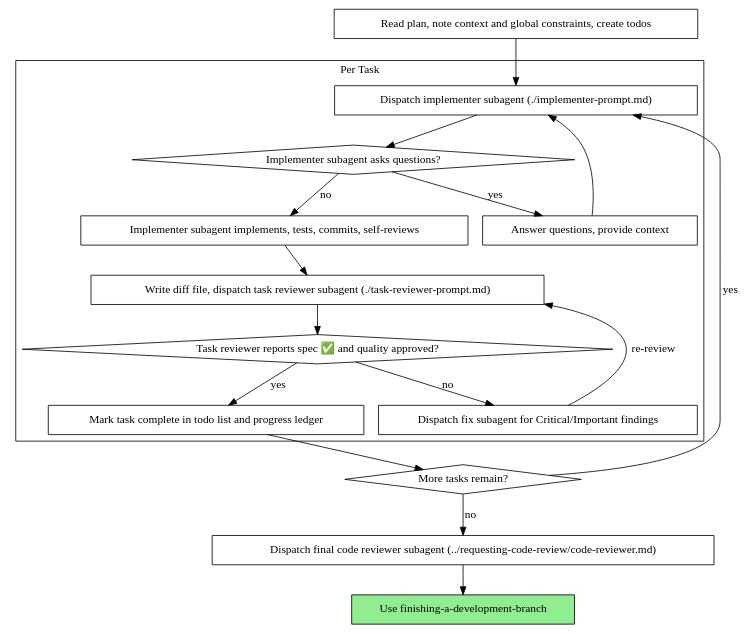
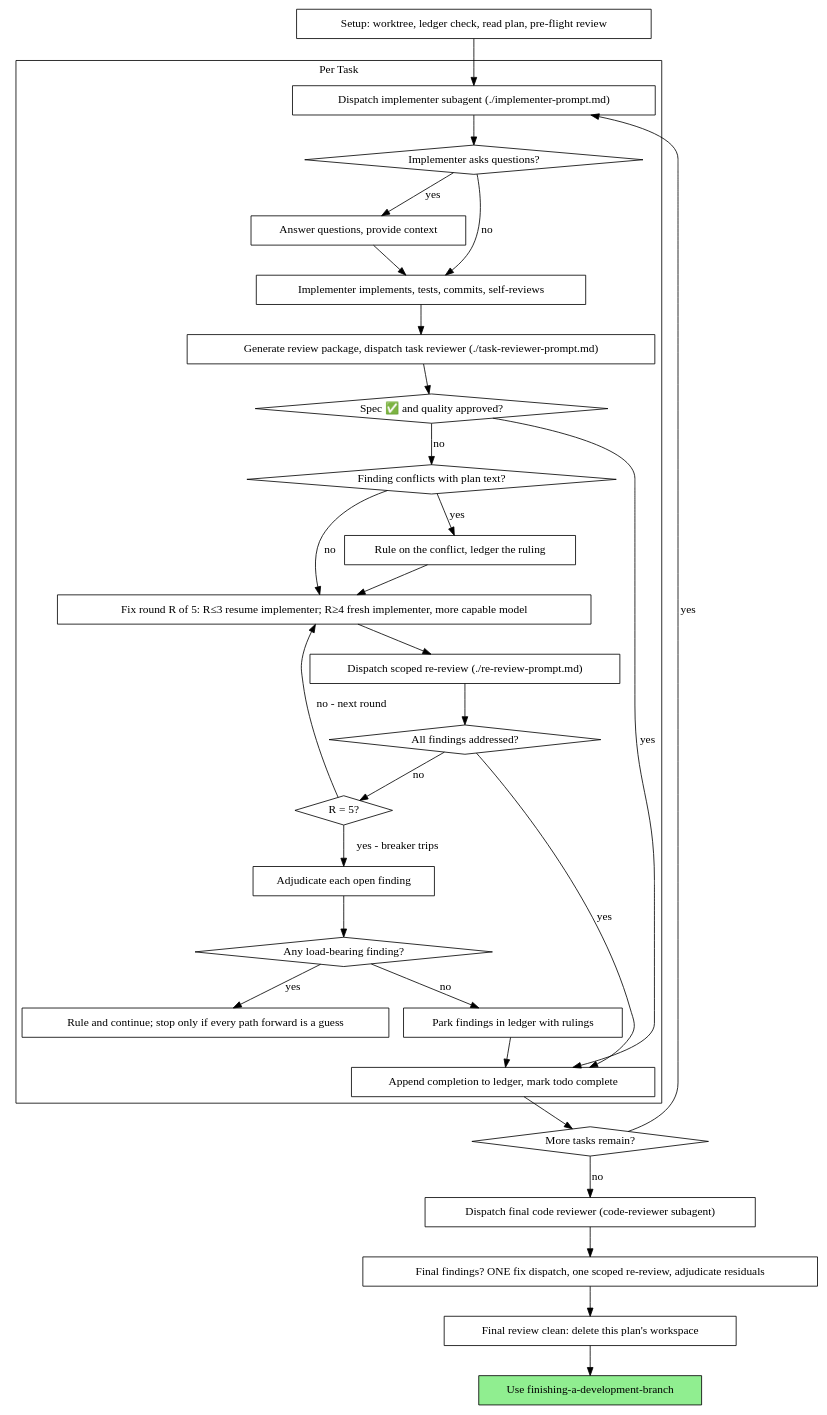
Before and after one commit to tigers1997/ClaudeCodeConfigurator: the second of 2 diagrams in templates/discipline-skills/subagent-driven-development/SKILL.md, drawn with Graphviz. The commit also changed other lines of this file and 47 other files, not shown here.

````diff
--- a/templates/discipline-skills/subagent-driven-development/SKILL.md
+++ b/templates/discipline-skills/subagent-driven-development/SKILL.md
@@ -47,37 +61,62 @@
 ```dot
 digraph process {
     rankdir=TB;
 
     subgraph cluster_per_task {
         label="Per Task";
         "Dispatch implementer subagent (./implementer-prompt.md)" [shape=box];
-        "Implementer subagent asks questions?" [shape=diamond];
+        "Implementer asks questions?" [shape=diamond];
         "Answer questions, provide context" [shape=box];
-        "Implementer subagent implements, tests, commits, self-reviews" [shape=box];
-        "Write diff file, dispatch task reviewer subagent (./task-reviewer-prompt.md)" [shape=box];
-        "Task reviewer reports spec ✅ and quality approved?" [shape=diamond];
-        "Dispatch fix subagent for Critical/Important findings" [shape=box];
-        "Mark task complete in todo list and progress ledger" [shape=box];
+        "Implementer implements, tests, commits, self-reviews" [shape=box];
+        "Generate review package, dispatch task reviewer (./task-reviewer-prompt.md)" [shape=box];
+        "Spec ✅ and quality approved?" [shape=diamond];
+        "Finding conflicts with plan text?" [shape=diamond];
+        "Rule on the conflict, ledger the ruling" [shape=box];
+        "Fix round R of 5: R≤3 resume implementer; R≥4 fresh implementer, more capable model" [shape=box];
+        "Dispatch scoped re-review (./re-review-prompt.md)" [shape=box];
+        "All findings addressed?" [shape=diamond];
+        "R = 5?" [shape=diamond];
+        "Adjudicate each open finding" [shape=box];
+        "Any load-bearing finding?" [shape=diamond];
+        "Rule and continue; stop only if every path forward is a guess" [shape=box];
+        "Park findings in ledger with rulings" [shape=box];
+        "Append completion to ledger, mark todo complete" [shape=box];
     }
 
-    "Read plan, note context and global constraints, create todos" [shape=box];
+    "Setup: worktree, ledger check, read plan, pre-flight review" [shape=box];
     "More tasks remain?" [shape=diamond];
-    "Dispatch final code reviewer subagent (../requesting-code-review/code-reviewer.md)" [shape=box];
+    "Dispatch final code reviewer (code-reviewer subagent)" [shape=box];
+    "Final findings? ONE fix dispatch, one scoped re-review, adjudicate residuals" [shape=box];
+    "Final review clean: delete this plan's workspace" [shape=box];
     "Use finishing-a-development-branch" [shape=box style=filled fillcolor=lightgreen];
 
-    "Read plan, note context and global constraints, create todos" -> "Dispatch implementer subagent (./implementer-prompt.md)";
-    "Dispatch implementer subagent (./implementer-prompt.md)" -> "Implementer subagent asks questions?";
-    "Implementer subagent asks questions?" -> "Answer questions, provide context" [label="yes"];
-    "Answer questions, provide context" -> "Dispatch implementer subagent (./implementer-prompt.md)";
-    "Implementer subagent asks questions?" -> "Implementer subagent implements, tests, commits, self-reviews" [label="no"];
-    "Implementer subagent implements, tests, commits, self-reviews" -> "Write diff file, dispatch task reviewer subagent (./task-reviewer-prompt.md)";
-    "Write diff file, dispatch task reviewer subagent (./task-reviewer-prompt.md)" -> "Task reviewer reports spec ✅ and quality approved?";
-    "Task reviewer reports spec ✅ and quality approved?" -> "Dispatch fix subagent for Critical/Important findings" [label="no"];
-    "Dispatch fix subagent for Critical/Important findings" -> "Write diff file, dispatch task reviewer subagent (./task-reviewer-prompt.md)" [label="re-review"];
-    "Task reviewer reports spec ✅ and quality approved?" -> "Mark task complete in todo list and progress ledger" [label="yes"];
-    "Mark task complete in todo list and progress ledger" -> "More tasks remain?";
+    "Setup: worktree, ledger check, read plan, pre-flight review" -> "Dispatch implementer subagent (./implementer-prompt.md)";
+    "Dispatch implementer subagent (./implementer-prompt.md)" -> "Implementer asks questions?";
+    "Implementer asks questions?" -> "Answer questions, provide context" [label="yes"];
+    "Answer questions, provide context" -> "Implementer implements, tests, commits, self-reviews";
+    "Implementer asks questions?" -> "Implementer implements, tests, commits, self-reviews" [label="no"];
+    "Implementer implements, tests, commits, self-reviews" -> "Generate review package, dispatch task reviewer (./task-reviewer-prompt.md)";
+    "Generate review package, dispatch task reviewer (./task-reviewer-prompt.md)" -> "Spec ✅ and quality approved?";
+    "Spec ✅ and quality approved?" -> "Append completion to ledger, mark todo complete" [label="yes"];
+    "Spec ✅ and quality approved?" -> "Finding conflicts with plan text?" [label="no"];
+    "Finding conflicts with plan text?" -> "Rule on the conflict, ledger the ruling" [label="yes"];
+    "Rule on the conflict, ledger the ruling" -> "Fix round R of 5: R≤3 resume implementer; R≥4 fresh implementer, more capable model";
+    "Finding conflicts with plan text?" -> "Fix round R of 5: R≤3 resume implementer; R≥4 fresh implementer, more capable model" [label="no"];
+    "Fix round R of 5: R≤3 resume implementer; R≥4 fresh implementer, more capable model" -> "Dispatch scoped re-review (./re-review-prompt.md)";
+    "Dispatch scoped re-review (./re-review-prompt.md)" -> "All findings addressed?";
+    "All findings addressed?" -> "Append completion to ledger, mark todo complete" [label="yes"];
+    "All findings addressed?" -> "R = 5?" [label="no"];
+    "R = 5?" -> "Fix round R of 5: R≤3 resume implementer; R≥4 fresh implementer, more capable model" [label="no - next round"];
+    "R = 5?" -> "Adjudicate each open finding" [label="yes - breaker trips"];
+    "Adjudicate each open finding" -> "Any load-bearing finding?";
+    "Any load-bearing finding?" -> "Rule and continue; stop only if every path forward is a guess" [label="yes"];
+    "Any load-bearing finding?" -> "Park findings in ledger with rulings" [label="no"];
+    "Park findings in ledger with rulings" -> "Append completion to ledger, mark todo complete";
+    "Append completion to ledger, mark todo complete" -> "More tasks remain?";
     "More tasks remain?" -> "Dispatch implementer subagent (./implementer-prompt.md)" [label="yes"];
-    "More tasks remain?" -> "Dispatch final code reviewer subagent (../requesting-code-review/code-reviewer.md)" [label="no"];
-    "Dispatch final code reviewer subagent (../requesting-code-review/code-reviewer.md)" -> "Use finishing-a-development-branch";
+    "More tasks remain?" -> "Dispatch final code reviewer (code-reviewer subagent)" [label="no"];
+    "Dispatch final code reviewer (code-reviewer subagent)" -> "Final findings? ONE fix dispatch, one scoped re-review, adjudicate residuals";
+    "Final findings? ONE fix dispatch, one scoped re-review, adjudicate residuals" -> "Final review clean: delete this plan's workspace";
+    "Final review clean: delete this plan's workspace" -> "Use finishing-a-development-branch";
 }
 ```
````
